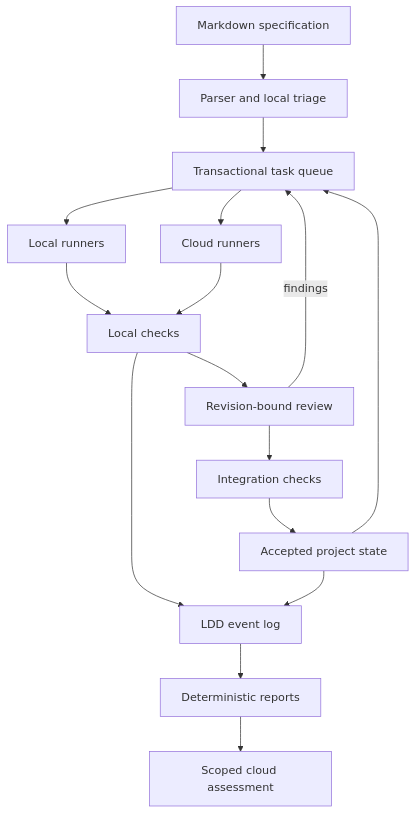
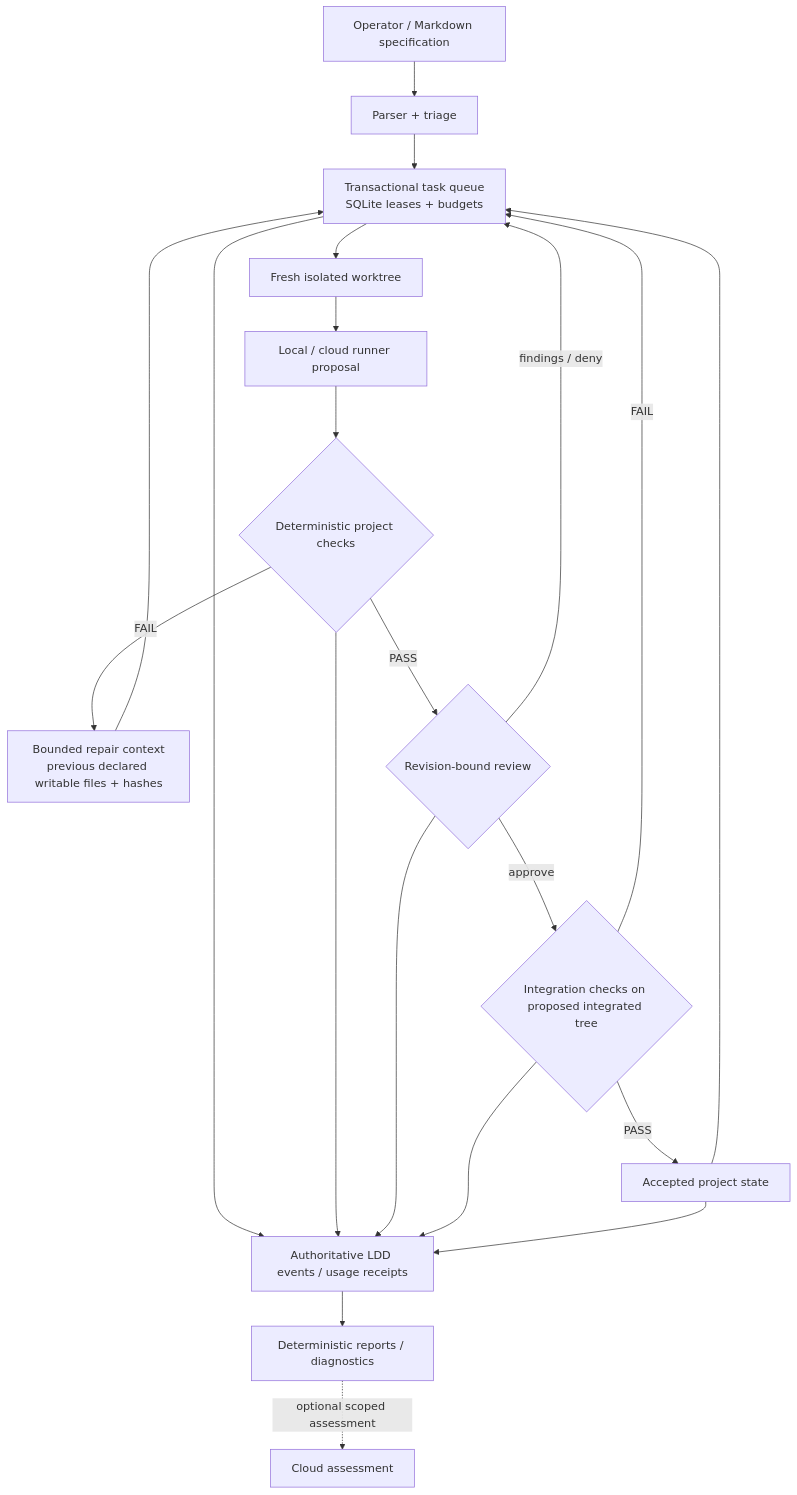
Before and after one commit to ninja-ops-guy/residual-agent-harness: the diagram in docs/station/ARCHITECTURE.md, drawn with Mermaid.

Commit message:
docs: update Station lifecycle diagram for bounded repair

````diff
--- a/docs/station/ARCHITECTURE.md
+++ b/docs/station/ARCHITECTURE.md
@@ -5,18 +5,23 @@
 ```mermaid
 flowchart TD
-  Spec[Markdown specification] --> Triage[Parser and local triage]
-  Triage --> Queue[Transactional task queue]
-  Queue --> Local[Local runners]
-  Queue --> Cloud[Cloud runners]
-  Local --> Checks[Local checks]
-  Cloud --> Checks
-  Checks --> Review[Revision-bound review]
-  Review --> Integration[Integration checks]
-  Review -->|findings| Queue
-  Integration --> State[Accepted project state]
-  State --> Queue
-  Checks --> Events[LDD event log]
-  State --> Events
-  Events --> Report[Deterministic reports]
-  Report --> Swarm[Scoped cloud assessment]
+  O["Operator / Markdown specification"] --> T["Parser + triage"]
+  T --> Q["Transactional task queue<br/>SQLite leases + budgets"]
+  Q --> W["Fresh isolated worktree"]
+  W --> R["Local / cloud runner proposal"]
+  R --> K{"Deterministic project checks"}
+  K -->|FAIL| RC["Bounded repair context<br/>previous declared writable files + hashes"]
+  RC --> Q
+  K -->|PASS| RV{"Revision-bound review"}
+  RV -->|findings / deny| Q
+  RV -->|approve| I{"Integration checks on proposed integrated tree"}
+  I -->|FAIL| Q
+  I -->|PASS| S["Accepted project state"]
+  S --> Q
+  Q --> E["Authoritative LDD events / usage receipts"]
+  K --> E
+  RV --> E
+  I --> E
+  S --> E
+  E --> D["Deterministic reports / diagnostics"]
+  D -. optional scoped assessment .-> A["Cloud assessment"]
 ```
````
